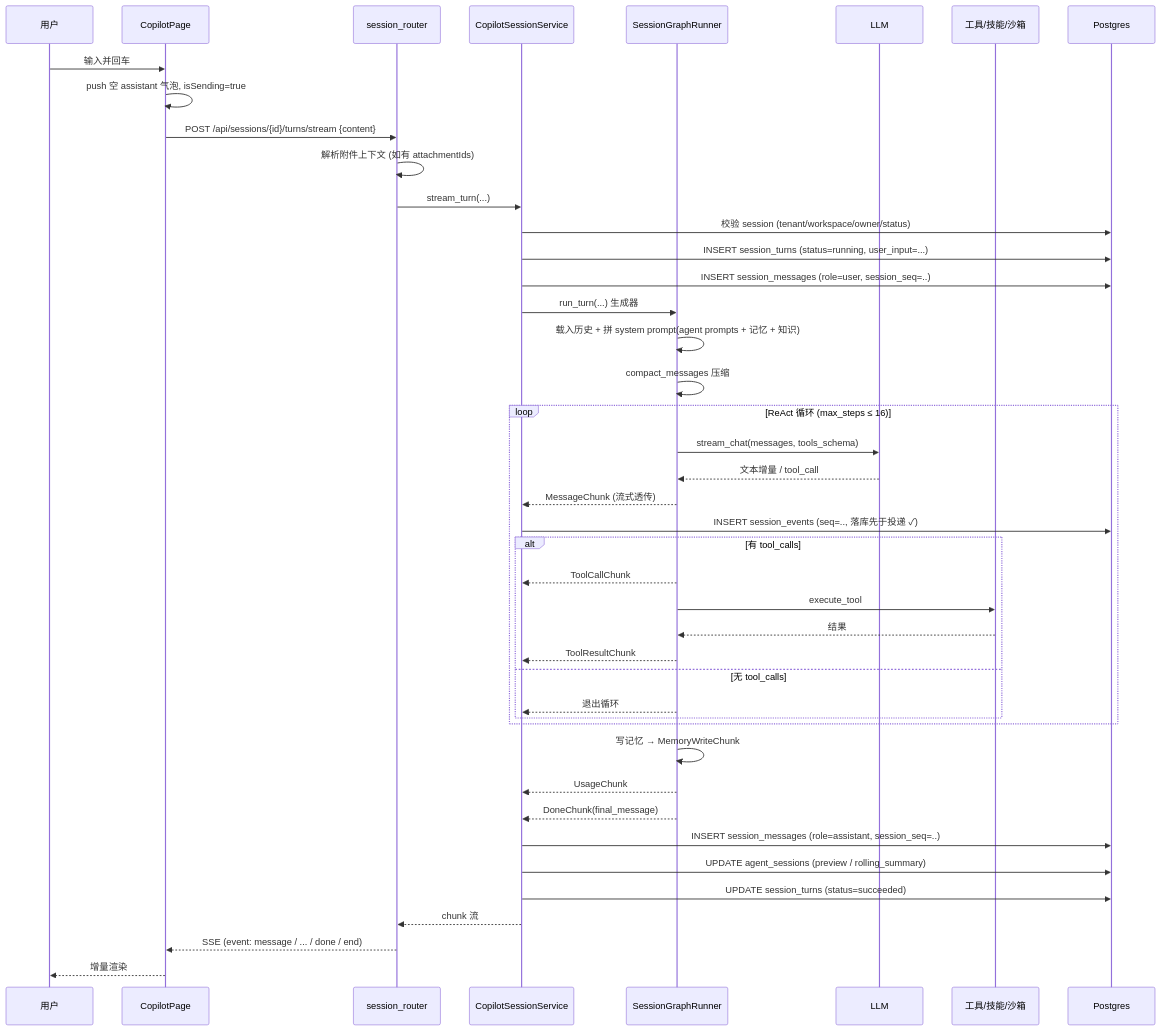
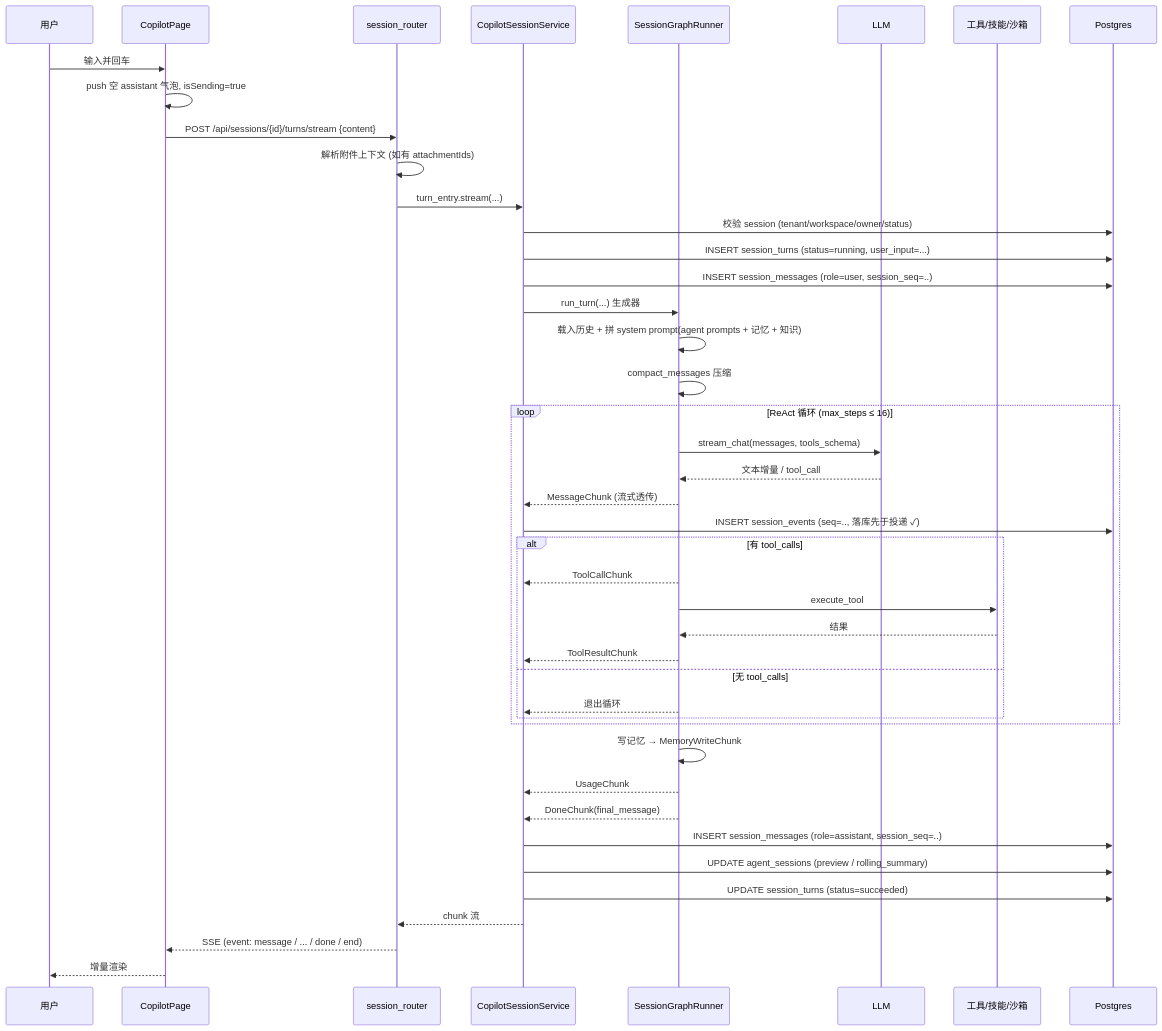
One commit to Lianjifu/QiZhiDaAgentPlatform changed the second of 2 diagrams in docs/copilot-chat-module-architecture.md. Above: the diagram before and after it, drawn with Mermaid. The commit also changed other lines of this file and 29 other files, not shown here.

````diff
--- a/docs/copilot-chat-module-architecture.md
+++ b/docs/copilot-chat-module-architecture.md
@@ -270,46 +270,46 @@
 ```mermaid
 sequenceDiagram
     participant U as 用户
     participant FE as CopilotPage
     participant API as session_router
     participant SVC as CopilotSessionService
     participant G as SessionGraphRunner
     participant L as LLM
     participant T as 工具/技能/沙箱
     participant DB as Postgres
 
     U->>FE: 输入并回车
     FE->>FE: push 空 assistant 气泡, isSending=true
     FE->>API: POST /api/sessions/{id}/turns/stream {content}
     API->>API: 解析附件上下文 (如有 attachmentIds)
-    API->>SVC: stream_turn(...)
+    API->>SVC: turn_entry.stream(...)
     SVC->>DB: 校验 session (tenant/workspace/owner/status)
     SVC->>DB: INSERT session_turns (status=running, user_input=...)
     SVC->>DB: INSERT session_messages (role=user, session_seq=..)
     SVC->>G: run_turn(...) 生成器
     G->>G: 载入历史 + 拼 system prompt(agent prompts + 记忆 + 知识)
     G->>G: compact_messages 压缩
     loop ReAct 循环 (max_steps ≤ 16)
         G->>L: stream_chat(messages, tools_schema)
         L-->>G: 文本增量 / tool_call
         G-->>SVC: MessageChunk (流式透传)
         SVC->>DB: INSERT session_events (seq=.., 落库先于投递 ✓)
         alt 有 tool_calls
             G-->>SVC: ToolCallChunk
             G->>T: execute_tool
             T-->>G: 结果
             G-->>SVC: ToolResultChunk
         else 无 tool_calls
             G-->>SVC: 退出循环
         end
     end
     G->>G: 写记忆 → MemoryWriteChunk
     G-->>SVC: UsageChunk
     G-->>SVC: DoneChunk(final_message)
     SVC->>DB: INSERT session_messages (role=assistant, session_seq=..)
     SVC->>DB: UPDATE agent_sessions (preview / rolling_summary)
     SVC->>DB: UPDATE session_turns (status=succeeded)
     SVC-->>API: chunk 流
     API-->>FE: SSE (event: message / ... / done / end)
     FE-->>U: 增量渲染
 ```
````
